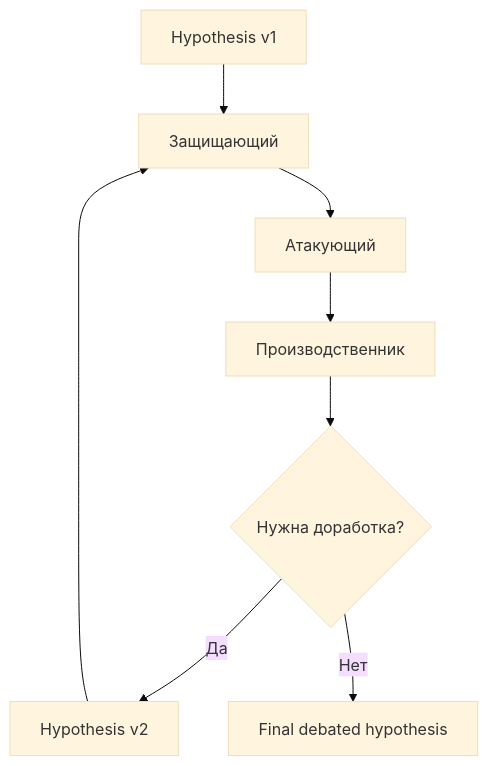
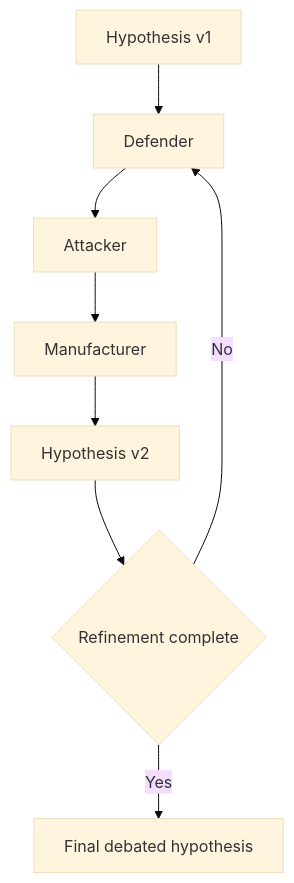
The diagram in docs/product/04-Agents-and-Judge.md (KroJIak/hypothesis-court), drawn with Mermaid (base theme) before and after one commit. The commit also changed other lines of this file and 35 other files, not shown here.

````diff
--- a/docs/product/04-Agents-and-Judge.md
+++ b/docs/product/04-Agents-and-Judge.md
@@ -64,10 +60,10 @@
 ```mermaid
 flowchart TD
-    A[Hypothesis v1] --> B[Защищающий]
-    B --> C[Атакующий]
-    C --> D[Производственник]
-    D --> E{Нужна доработка?}
-    E -- Да --> F[Hypothesis v2]
-    F --> B
-    E -- Нет --> G[Final debated hypothesis]
+    A[Hypothesis v1] --> B[Defender]
+    B --> C[Attacker]
+    C --> D[Manufacturer]
+    D --> E[Hypothesis v2]
+    E --> F{Refinement complete}
+    F -- No --> B
+    F -- Yes --> G[Final debated hypothesis]
 ```
````
